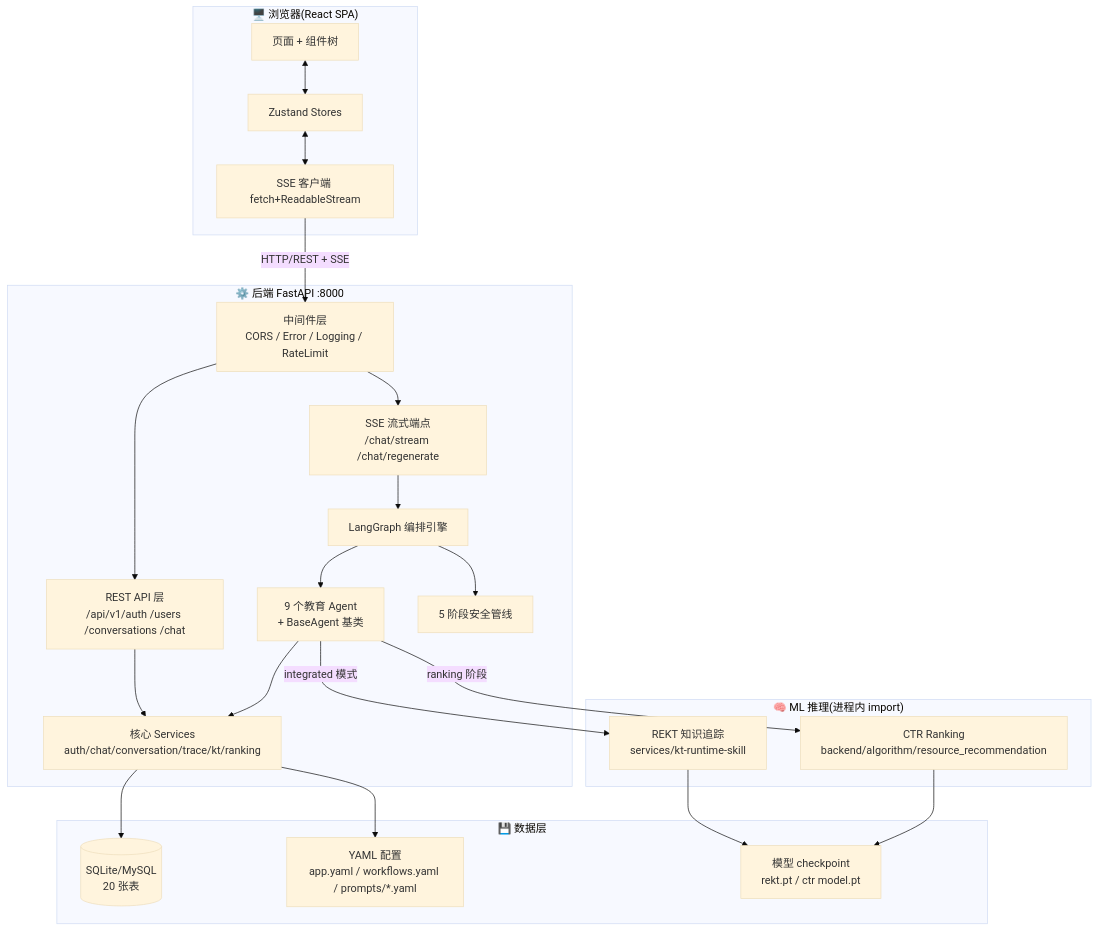
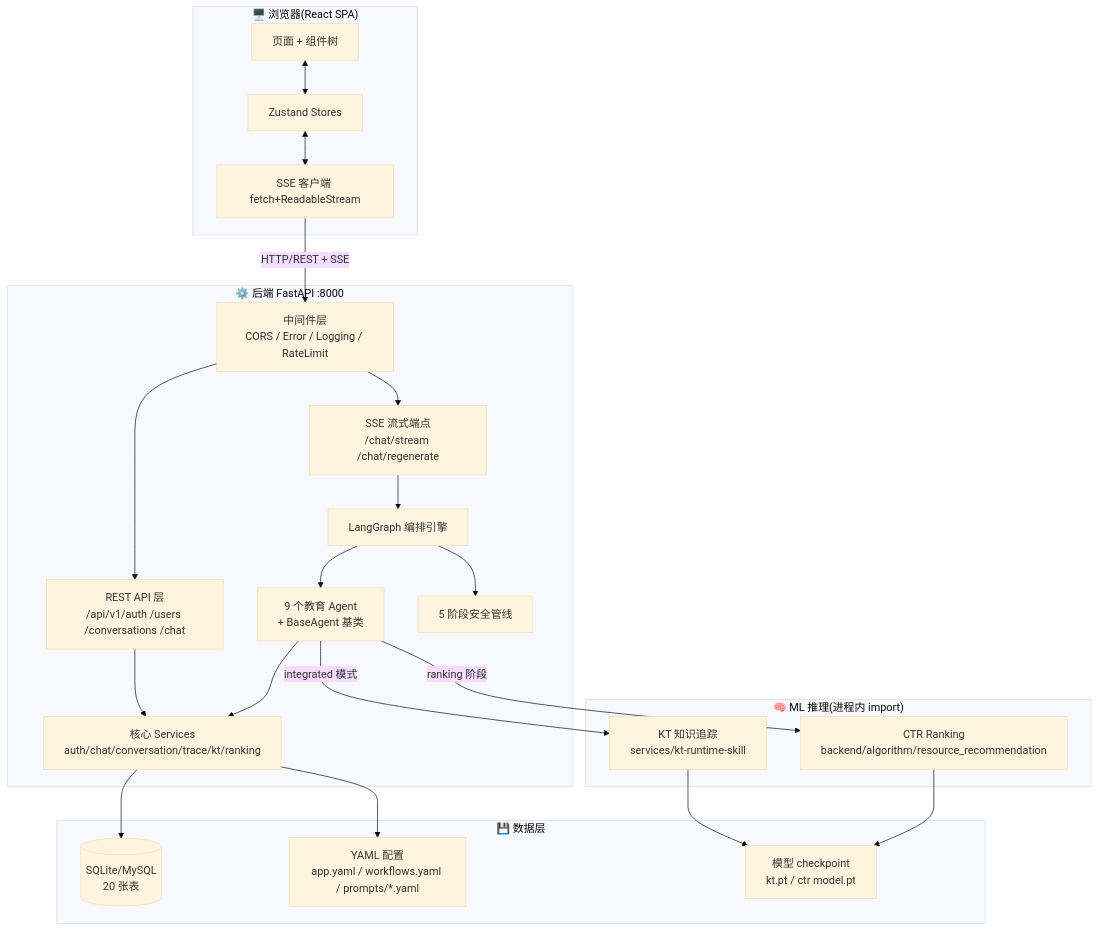
One commit to YXYH-shu/SmartTutor changed the first of 11 diagrams in 文档/架构总结.md. Above: the diagram before and after it, drawn with Mermaid (base theme). The commit also changed other lines of this file and 79 other files, not shown here.

````diff
--- a/文档/架构总结.md
+++ b/文档/架构总结.md
@@ -33,46 +33,46 @@
 ```mermaid
 flowchart TB
     subgraph CLIENT["🖥️ 浏览器(React SPA)"]
         UI[页面 + 组件树]
         ZUSTAND[Zustand Stores]
         SSE_CLIENT[SSE 客户端 fetch+ReadableStream]
     end
 
     subgraph SERVER["⚙️ 后端 FastAPI :8000"]
         MW[中间件层<br/>CORS / Error / Logging / RateLimit]
         API[REST API 层<br/>/api/v1/auth /users /conversations /chat]
         SSE_SVR[SSE 流式端点<br/>/chat/stream /chat/regenerate]
         GRAPH[LangGraph 编排引擎]
         AGENTS[9 个教育 Agent<br/>+ BaseAgent 基类]
         SAFE[5 阶段安全管线]
         SVC[核心 Services<br/>auth/chat/conversation/trace/kt/ranking]
     end
 
     subgraph ML["🧠 ML 推理(进程内 import)"]
-        REKT[REKT 知识追踪<br/>services/kt-runtime-skill]
+        KT[KT 知识追踪<br/>services/kt-runtime-skill]
         CTR[CTR Ranking<br/>backend/algorithm/resource_recommendation]
     end
 
     subgraph DATA["💾 数据层"]
         DB[(SQLite/MySQL<br/>20 张表)]
         YAML[YAML 配置<br/>app.yaml / workflows.yaml / prompts/*.yaml]
-        CKPT[模型 checkpoint<br/>rekt.pt / ctr model.pt]
+        CKPT[模型 checkpoint<br/>kt.pt / ctr model.pt]
     end
 
     UI <--> ZUSTAND
     ZUSTAND <--> SSE_CLIENT
     SSE_CLIENT -- HTTP/REST + SSE --> MW
     MW --> API
     MW --> SSE_SVR
     API --> SVC
     SSE_SVR --> GRAPH
     GRAPH --> SAFE
     GRAPH --> AGENTS
     AGENTS --> SVC
     SVC --> DB
     SVC --> YAML
-    AGENTS -- integrated 模式 --> REKT
+    AGENTS -- integrated 模式 --> KT
     AGENTS -- ranking 阶段 --> CTR
-    REKT --> CKPT
+    KT --> CKPT
     CTR --> CKPT
 ```
````
